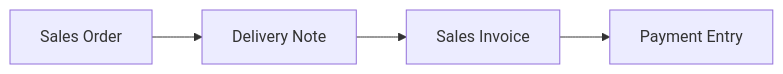
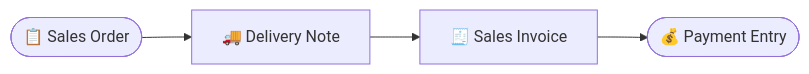
One commit to RimbunCode/erp_pataya changed the second of 3 diagrams in docs/tutorials/03-alur-penjualan.md. Above: the diagram before and after it, drawn with Mermaid. The commit also changed other lines of this file and 14 other files, not shown here.

````diff
--- a/docs/tutorials/03-alur-penjualan.md
+++ b/docs/tutorials/03-alur-penjualan.md
@@ -70,4 +69,4 @@
 ```mermaid
 flowchart LR
-    SO[Sales Order] --> DN[Delivery Note] --> SI[Sales Invoice] --> PE[Payment Entry]
+    SO(["📋 Sales Order"]) --> DN["🚚 Delivery Note"] --> SI["🧾 Sales Invoice"] --> PE(["💰 Payment Entry"])
 ```
````
